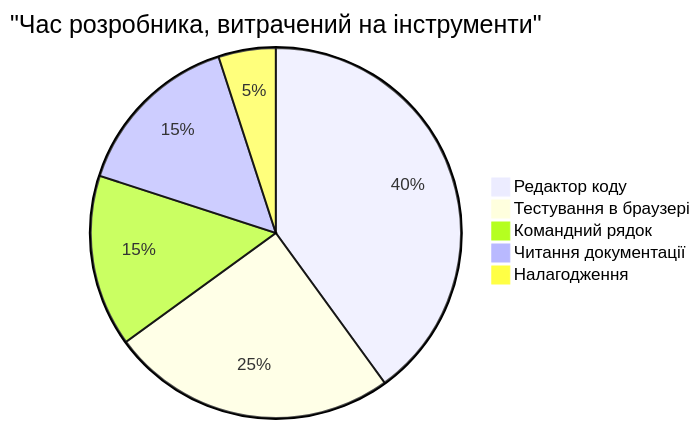
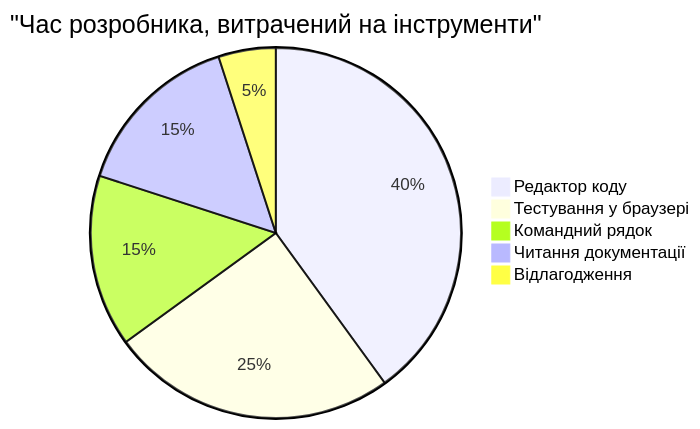
One commit to microsoft/Web-Dev-For-Beginners changed the sixth of 7 diagrams in translations/uk/1-getting-started-lessons/1-intro-to-programming-languages/README.md. Above: the diagram before and after it, drawn with Mermaid. The commit also changed other lines of this file and 8 other files, not shown here.

````diff
--- a/translations/uk/1-getting-started-lessons/1-intro-to-programming-languages/README.md
+++ b/translations/uk/1-getting-started-lessons/1-intro-to-programming-languages/README.md
@@ -713,8 +711,8 @@
 ```mermaid
 pie title "Час розробника, витрачений на інструменти"
     "Редактор коду" : 40
-    "Тестування в браузері" : 25
+    "Тестування у браузері" : 25
     "Командний рядок" : 15
     "Читання документації" : 15
-    "Налагодження" : 5
+    "Відлагодження" : 5
 ```
````
